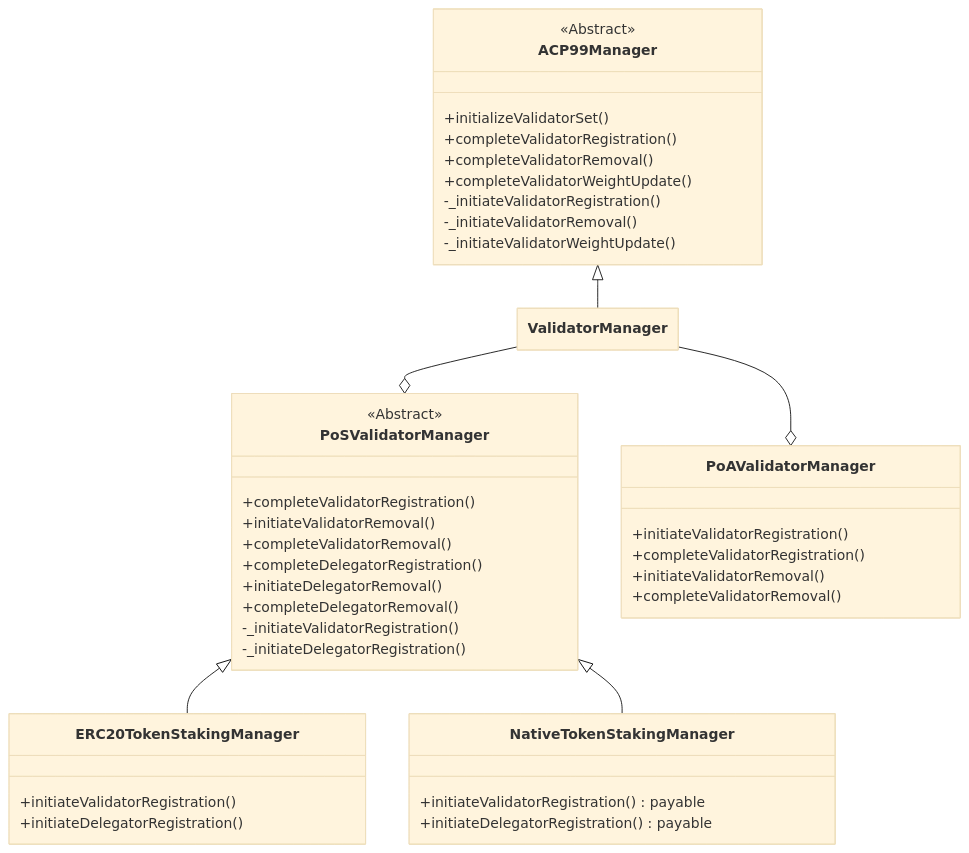
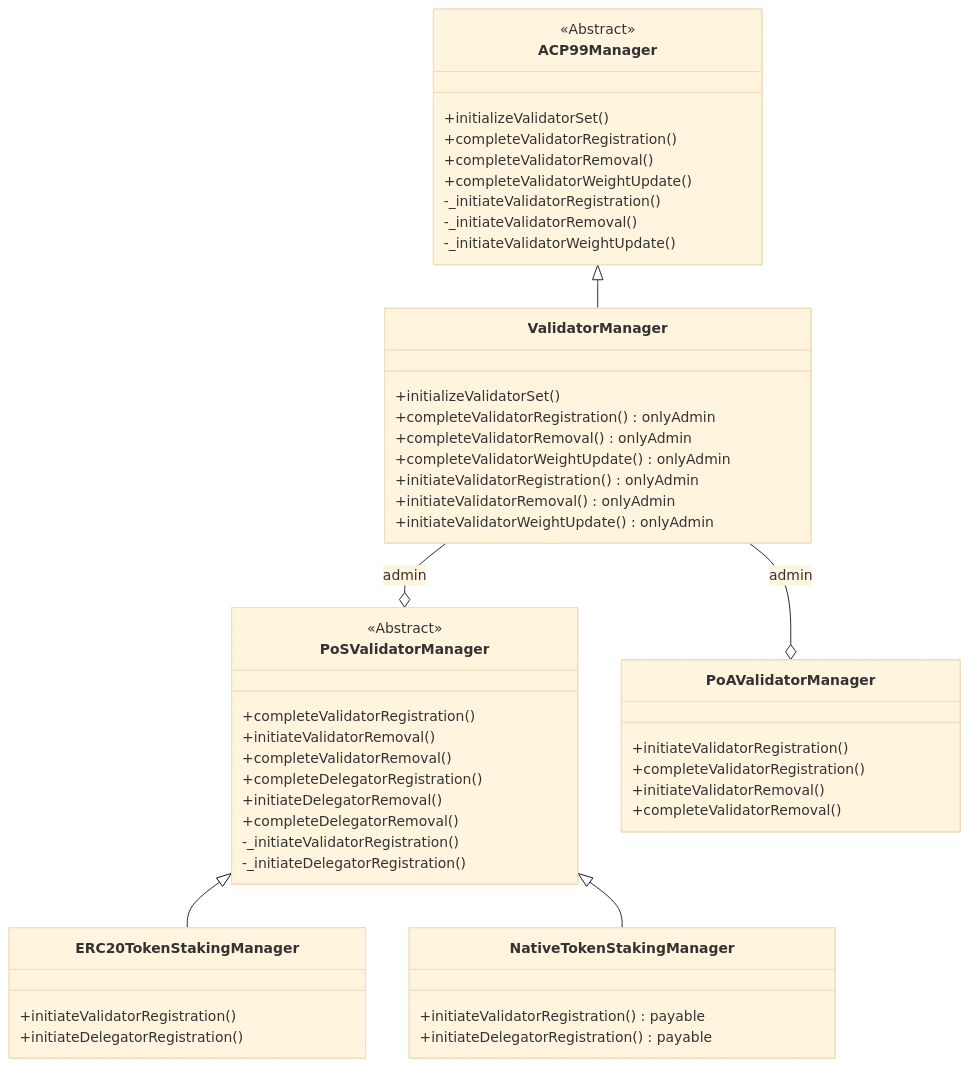
The diagram in contracts/validator-manager/README.md (quantum-smith427t6/icm-contracts), drawn with Mermaid (base theme) before and after one commit. The commit also changed other lines of this file and 12 other files, not shown here.

Commit message:
validator manager functions only callable by admin

````diff
--- a/contracts/validator-manager/README.md
+++ b/contracts/validator-manager/README.md
@@ -5,52 +5,60 @@
 ```mermaid
 ---
   config:
     class:
       hideEmptyMembersBox: true
 ---
 classDiagram
 class ACP99Manager {
     +initializeValidatorSet()
     +completeValidatorRegistration()
     +completeValidatorRemoval()
     +completeValidatorWeightUpdate()
     -_initiateValidatorRegistration()
     -_initiateValidatorRemoval()
     -_initiateValidatorWeightUpdate()
 }
 <<Abstract>> ACP99Manager
 
-class ValidatorManager 
+class ValidatorManager {
+    +initializeValidatorSet()
+    +completeValidatorRegistration() onlyAdmin
+    +completeValidatorRemoval() onlyAdmin
+    +completeValidatorWeightUpdate() onlyAdmin
+    +initiateValidatorRegistration() onlyAdmin
+    +initiateValidatorRemoval() onlyAdmin
+    +initiateValidatorWeightUpdate() onlyAdmin
+}
 
 class PoSValidatorManager {
     +completeValidatorRegistration()
     +initiateValidatorRemoval()
     +completeValidatorRemoval()
     +completeDelegatorRegistration()
     +initiateDelegatorRemoval()
     +completeDelegatorRemoval()
     -_initiateValidatorRegistration()
     -_initiateDelegatorRegistration()
 }
 <<Abstract>> PoSValidatorManager
 class ERC20TokenStakingManager {
     +initiateValidatorRegistration()
     +initiateDelegatorRegistration()
 }
 class NativeTokenStakingManager {
     +initiateValidatorRegistration() payable
     +initiateDelegatorRegistration() payable
 }
 class PoAValidatorManager {
     +initiateValidatorRegistration()
     +completeValidatorRegistration()
     +initiateValidatorRemoval()
     +completeValidatorRemoval()
 }
 
 ACP99Manager <|-- ValidatorManager
-ValidatorManager --o  PoSValidatorManager
-ValidatorManager --o  PoAValidatorManager
+ValidatorManager --o  PoSValidatorManager : admin
+ValidatorManager --o  PoAValidatorManager : admin
 PoSValidatorManager <|-- ERC20TokenStakingManager
 PoSValidatorManager <|-- NativeTokenStakingManager
 ```
````
